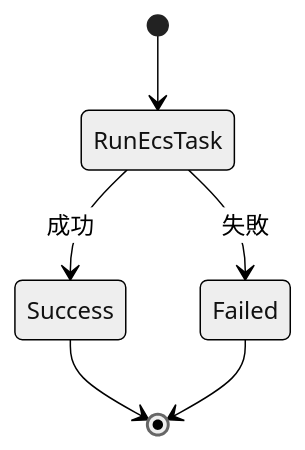
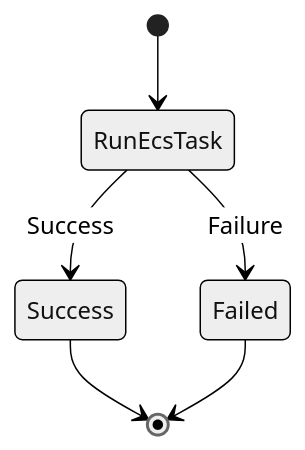
One commit to rakkofield/laravel-graceful-schedule-worker changed the first of 2 diagrams in docs/internals/STEPFUNCTIONS_IMPLEMENTATION.md. Above: the diagram before and after it, drawn with Mermaid (neutral theme). The commit also changed other lines of this file and 19 other files, not shown here.

````diff
--- a/docs/internals/STEPFUNCTIONS_IMPLEMENTATION.md
+++ b/docs/internals/STEPFUNCTIONS_IMPLEMENTATION.md
@@ -81,8 +81,8 @@
 ```mermaid
 stateDiagram-v2
     [*] --> RunEcsTask
-    RunEcsTask --> Success: 成功
-    RunEcsTask --> Failed: 失敗
+    RunEcsTask --> Success: Success
+    RunEcsTask --> Failed: Failure
     Success --> [*]
     Failed --> [*]
 ```
````
